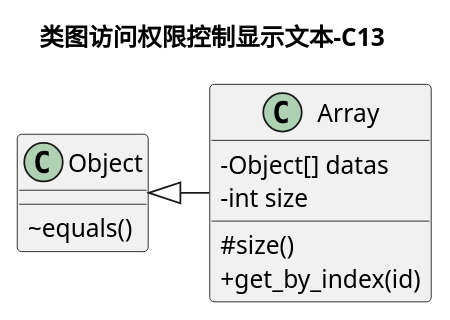
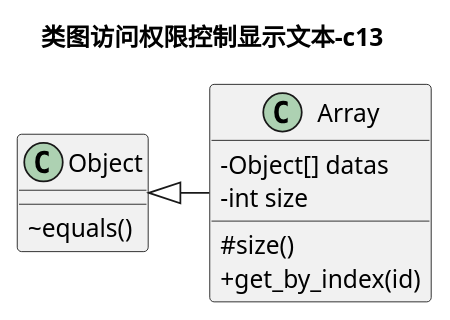
Before and after one commit to securitgithub/plantumlforvscode: the third of 6 diagrams in examples/02_class_charts.puml, drawn with PlantUML. The commit also changed other lines of this file and 43 other files, not shown here.

```diff
--- a/examples/02_class_charts.puml
+++ b/examples/02_class_charts.puml
@@ -48,14 +48,14 @@
 @startuml
-title 类图访问权限控制显示文本-C13
+title 类图访问权限控制显示文本-c13
 
 skinparam classAttributeIconSize 0
 
 Object <|- Array
 Object : ~ equals()
 Array : - Object[] datas
 Array : # size()
 class Array {
     - int size
     + get_by_index(id)
 }
 @enduml
```
